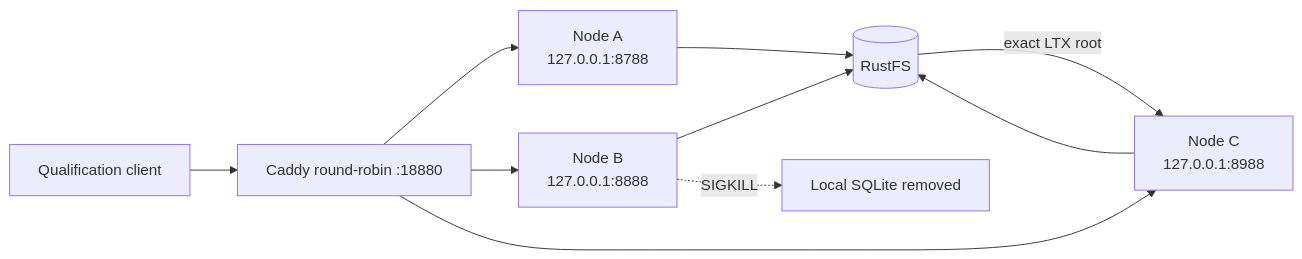
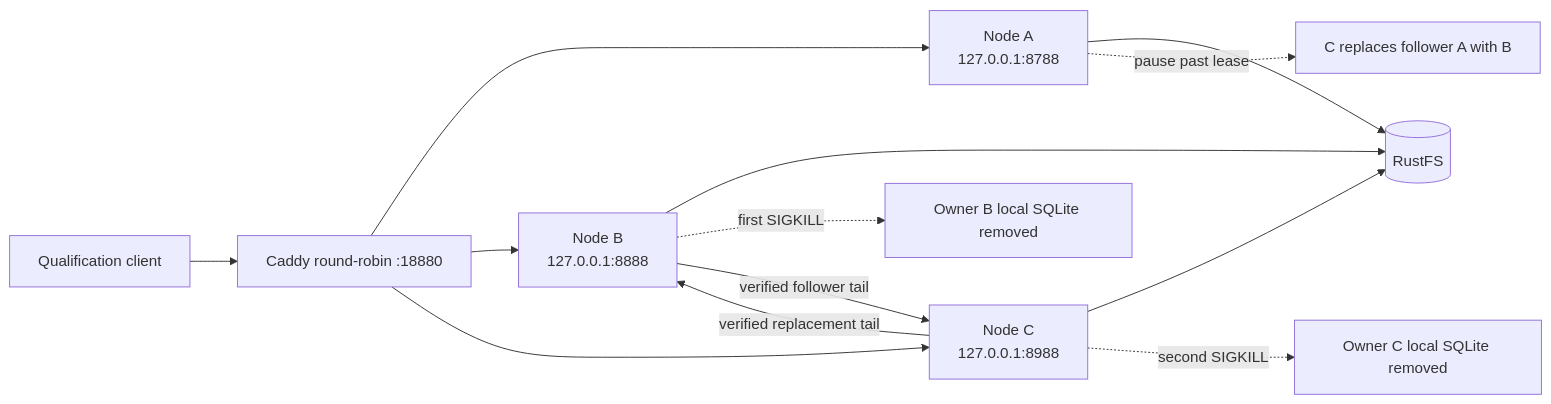
One commit to crabbuild/crab changed the third of 4 diagrams in crates/crab-http-server/deploy/README.md. Above: the diagram before and after it, drawn with Mermaid. The commit also changed other lines of this file and 17 other files, not shown here.

````diff
--- a/crates/crab-http-server/deploy/README.md
+++ b/crates/crab-http-server/deploy/README.md
@@ -184,10 +184,13 @@
 ```mermaid
 flowchart LR
     Client[Qualification client] --> LB[Caddy round-robin :18880]
     LB --> A[Node A\n127.0.0.1:8788]
     LB --> B[Node B\n127.0.0.1:8888]
     LB --> C[Node C\n127.0.0.1:8988]
     A & B & C --> Origin[(RustFS)]
-    B -. SIGKILL .-> Lost[Local SQLite removed]
-    Origin -->|exact LTX root| C
+    B -. first SIGKILL .-> LostB[Owner B local SQLite removed]
+    A -. pause past lease .-> Reenroll[C replaces follower A with B]
+    C -. second SIGKILL .-> LostC[Owner C local SQLite removed]
+    B -->|verified follower tail| C
+    C -->|verified replacement tail| B
 ```
````
